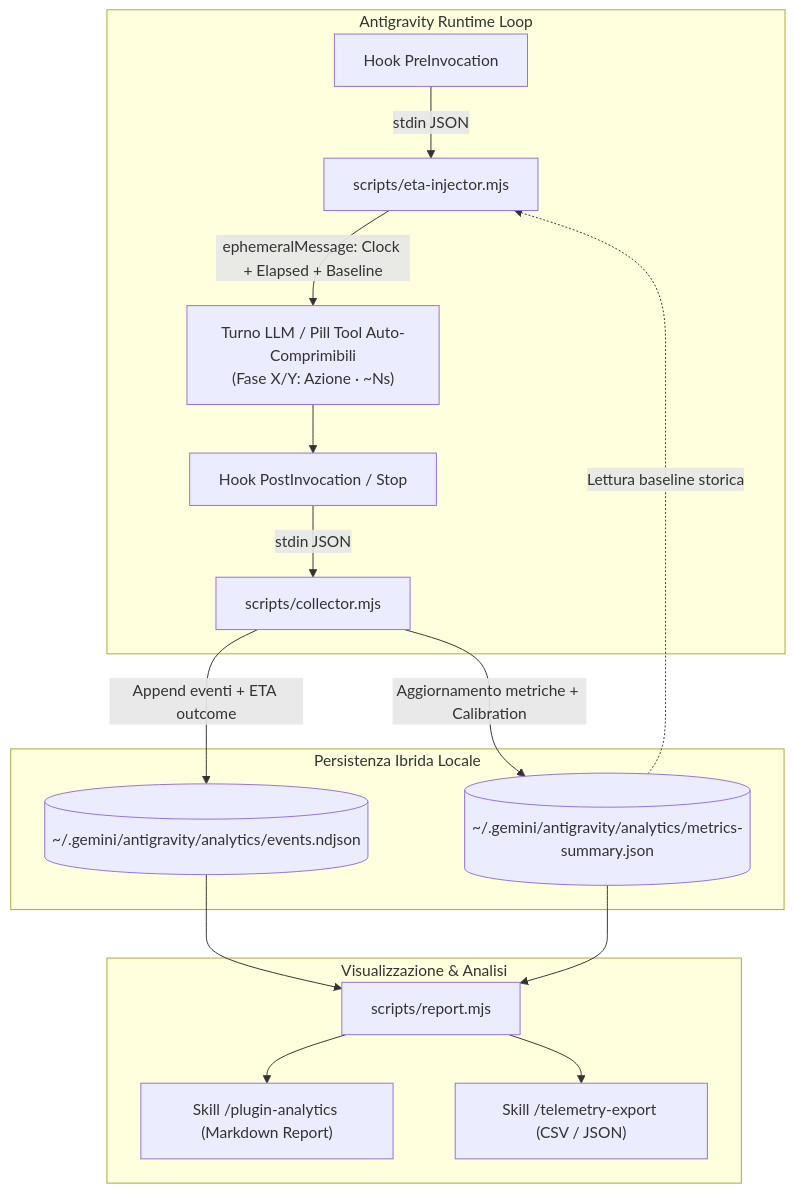
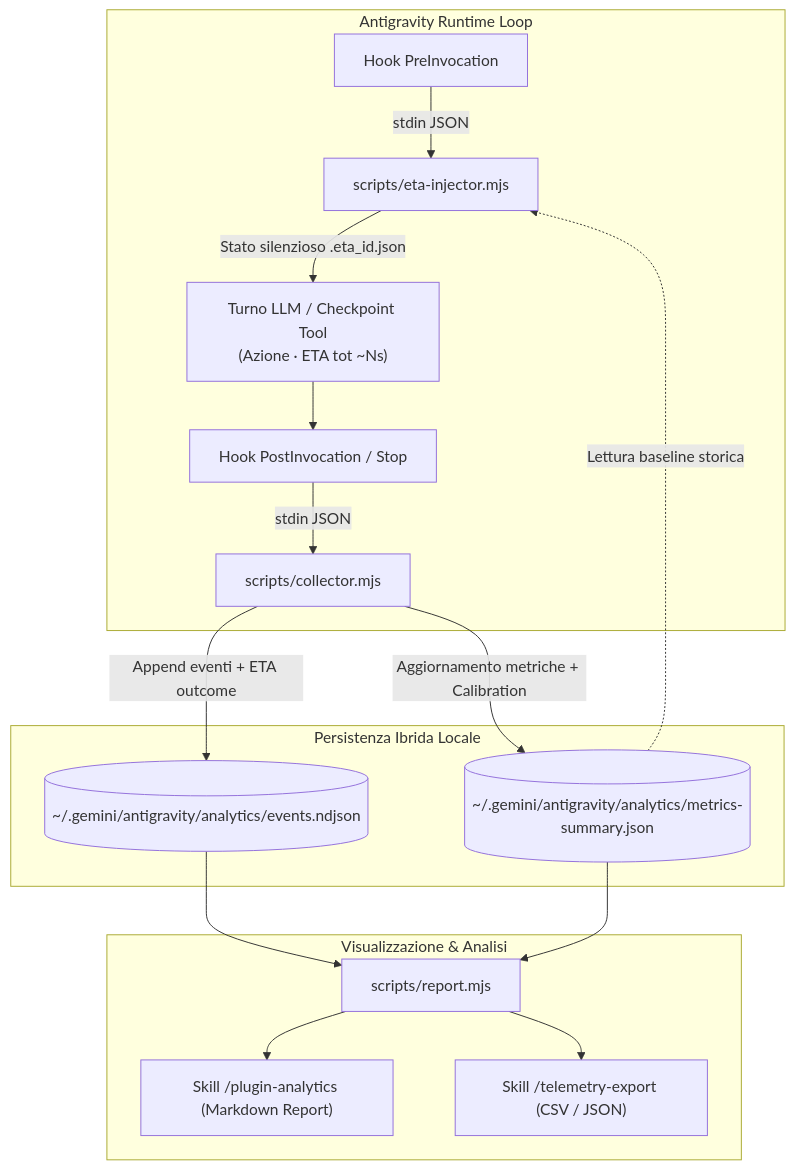
One commit to alessandroame/antigravity-plugins changed the diagram in plugins/telemetry-analytics/README.md. Above: the diagram before and after it, drawn with Mermaid. The commit also changed other lines of this file and 9 other files, not shown here.

Commit message:
fix(telemetry-analytics): persist ETA on checkpoint toolSummary and finalize Stop hook (v1.4.0)

````diff
--- a/plugins/telemetry-analytics/README.md
+++ b/plugins/telemetry-analytics/README.md
@@ -20,22 +19,22 @@
 ```mermaid
 flowchart TD
     subgraph AntigravityRuntime["Antigravity Runtime Loop"]
         PreInv["Hook PreInvocation"] -->|stdin JSON| EtaInj["scripts/eta-injector.mjs"]
-        EtaInj -->|ephemeralMessage: Clock + Elapsed + Baseline| Turn["Turno LLM / Pill Tool Auto-Comprimibili<br/>(Fase X/Y: Azione · ~Ns)"]
+        EtaInj -->|Stato silenzioso .eta_id.json| Turn["Turno LLM / Checkpoint Tool<br/>(Azione · ETA tot ~Ns)"]
         Turn --> PostInv["Hook PostInvocation / Stop"]
         PostInv -->|stdin JSON| Collector["scripts/collector.mjs"]
     end
 
     subgraph StorageLayer["Persistenza Ibrida Locale"]
         Collector -->|Append eventi + ETA outcome| NDJSON[("~/.gemini/antigravity/analytics/events.ndjson")]
         Collector -->|Aggiornamento metriche + Calibration| Summary[("~/.gemini/antigravity/analytics/metrics-summary.json")]
         Summary -.->|Lettura baseline storica| EtaInj
     end
 
     subgraph ReportingLayer["Visualizzazione & Analisi"]
         NDJSON --> Report["scripts/report.mjs"]
         Summary --> Report
         Report --> Skill1["Skill /plugin-analytics (Markdown Report)"]
         Report --> Skill2["Skill /telemetry-export (CSV / JSON)"]
     end
 ```
````
